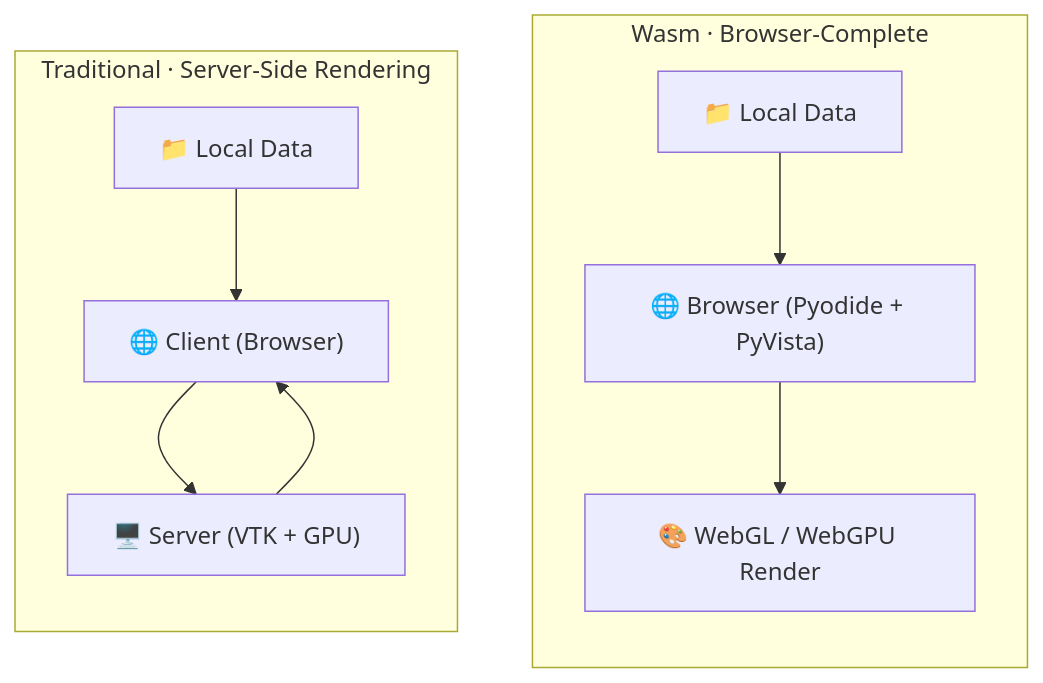
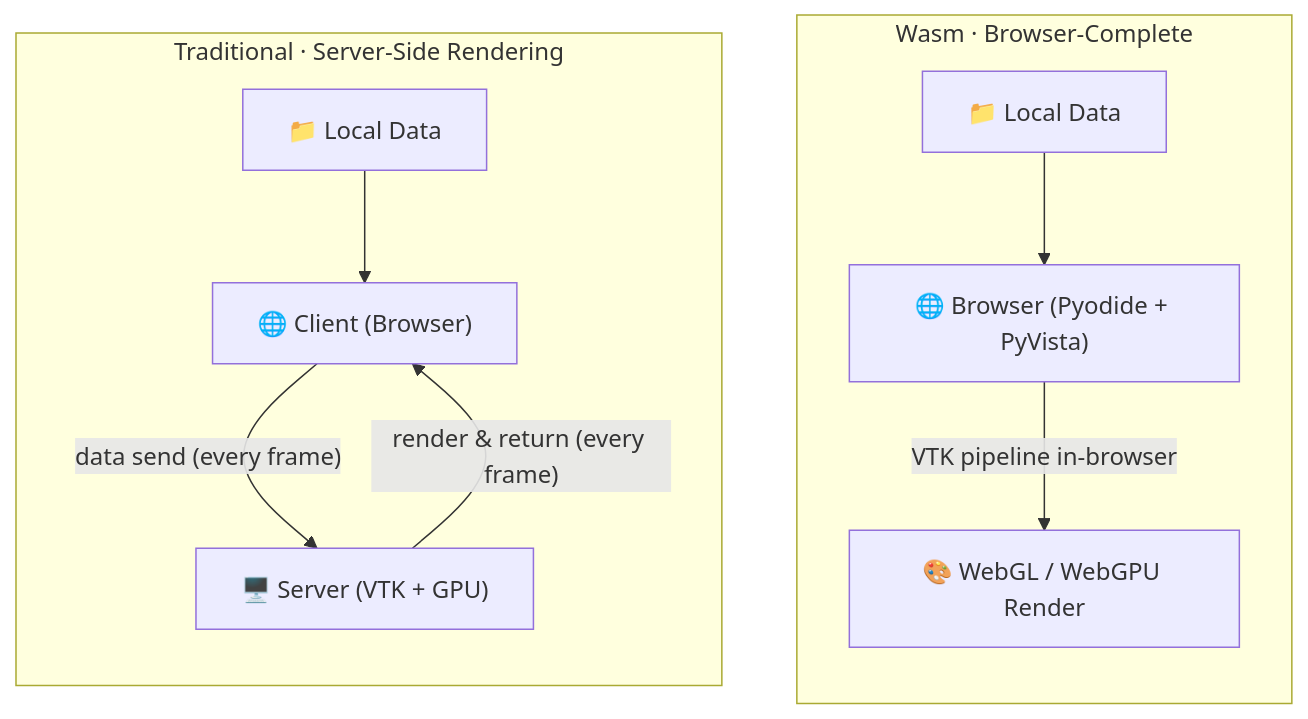
Before and after one commit to tkoyama010/pyvista-wasm: the first of 4 diagrams in slides/slides.md, drawn with Mermaid. The commit also changed other lines of this file, not shown here.

Commit message:
docs: restore edge labels with htmlLabels false to prevent wrapping

````diff
--- a/slides/slides.md
+++ b/slides/slides.md
@@ -269,14 +273,14 @@
 ```mermaid {scale: 0.7}
 flowchart TB
   subgraph Wasm["Wasm · Browser-Complete"]
     direction TB
     WD["📁 Local Data"] --> WC["🌐 Browser (Pyodide + PyVista)"]
-    WC --> WR["🎨 WebGL / WebGPU Render"]
+    WC -->|"VTK pipeline in-browser"| WR["🎨 WebGL / WebGPU Render"]
   end
   subgraph Traditional["Traditional · Server-Side Rendering"]
     direction TB
     TD["📁 Local Data"] --> TC["🌐 Client (Browser)"]
-    TC --> S["🖥️ Server (VTK + GPU)"]
-    S --> TC
+    TC -->|"data send (every frame)"| S["🖥️ Server (VTK + GPU)"]
+    S -->|"render & return (every frame)"| TC
   end
 ```
````
